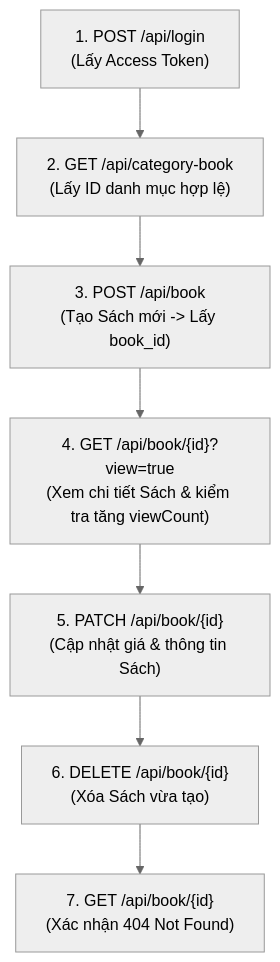
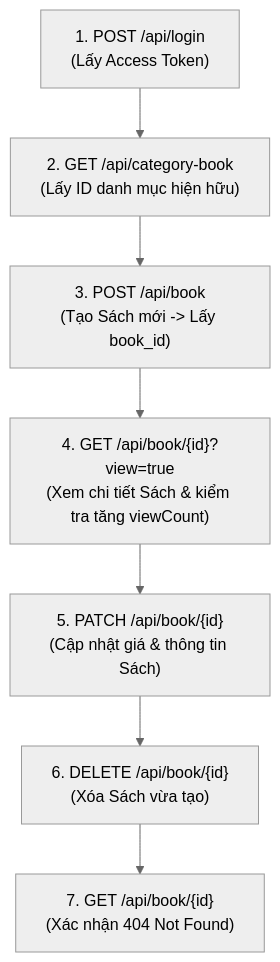
One commit to TeeVee98/Synapse-Hub changed the diagram in examples/practices/testcases/api/book_management_api_test_cases.md. Above: the diagram before and after it, drawn with Mermaid (neutral theme). The commit also changed other lines of this file and 56 other files, not shown here.

````diff
--- a/examples/practices/testcases/api/book_management_api_test_cases.md
+++ b/examples/practices/testcases/api/book_management_api_test_cases.md
@@ -122,9 +123,9 @@
 ```mermaid
 graph TD
-    A["1. POST /api/login<br>(Lấy Access Token)"] --> B["2. GET /api/category-book<br>(Lấy ID danh mục hợp lệ)"]
+    A["1. POST /api/login<br>(Lấy Access Token)"] --> B["2. GET /api/category-book<br>(Lấy ID danh mục hiện hữu)"]
     B --> C["3. POST /api/book<br>(Tạo Sách mới -> Lấy book_id)"]
     C --> D["4. GET /api/book/{id}?view=true<br>(Xem chi tiết Sách & kiểm tra tăng viewCount)"]
     D --> E["5. PATCH /api/book/{id}<br>(Cập nhật giá & thông tin Sách)"]
     E --> F["6. DELETE /api/book/{id}<br>(Xóa Sách vừa tạo)"]
     F --> G["7. GET /api/book/{id}<br>(Xác nhận 404 Not Found)"]
 ```
````
